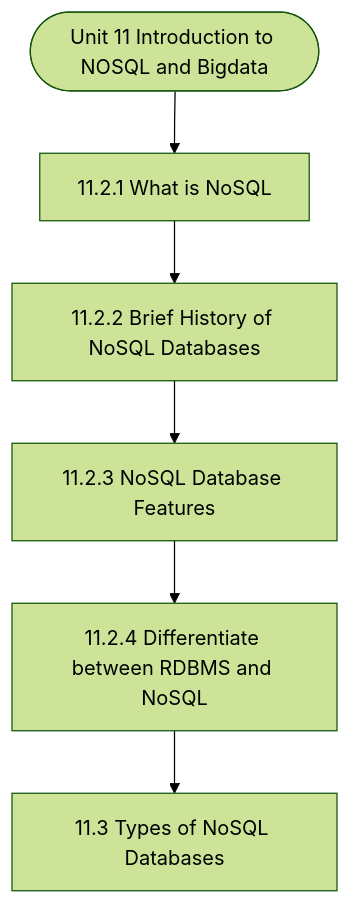
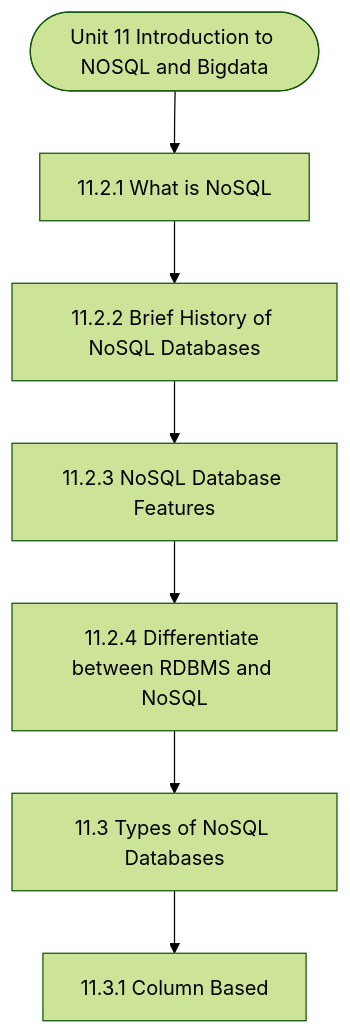
Before and after one commit to Asutosh-Coaching/mscdsa: the diagram in notes/Semester_1/MCS-062_Introduction_to_Data_Science/unit_11_Introduction_to_NOSQL_and_Bigdata.md, drawn with Mermaid (forest theme). The commit also changed other lines of this file and 116 other files, not shown here.

````diff
--- a/notes/Semester_1/MCS-062_Introduction_to_Data_Science/unit_11_Introduction_to_NOSQL_and_Bigdata.md
+++ b/notes/Semester_1/MCS-062_Introduction_to_Data_Science/unit_11_Introduction_to_NOSQL_and_Bigdata.md
@@ -19,14 +19,16 @@
 ```mermaid
 flowchart TD
   Start(["Unit 11 Introduction to NOSQL and Bigdata"])
   N1["11.2.1 What is NoSQL"]
   N2["11.2.2 Brief History of NoSQL Databases"]
   N3["11.2.3 NoSQL Database Features"]
   N4["11.2.4 Differentiate between RDBMS and NoSQL"]
   N5["11.3 Types of NoSQL Databases"]
+  N6["11.3.1 Column Based"]
   Start --> N1
   N1 --> N2
   N2 --> N3
   N3 --> N4
   N4 --> N5
+  N5 --> N6
 ```
````
